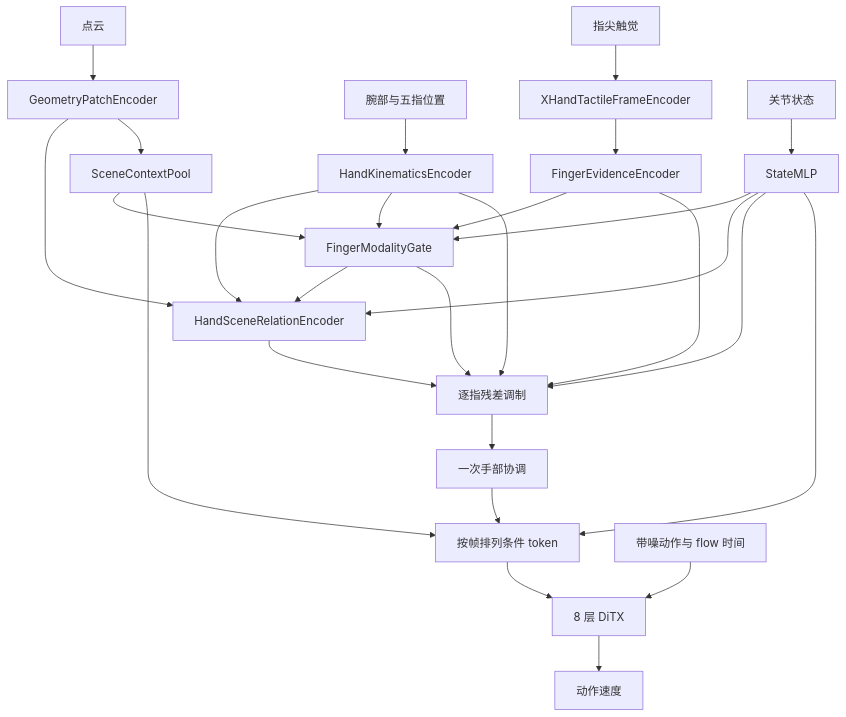
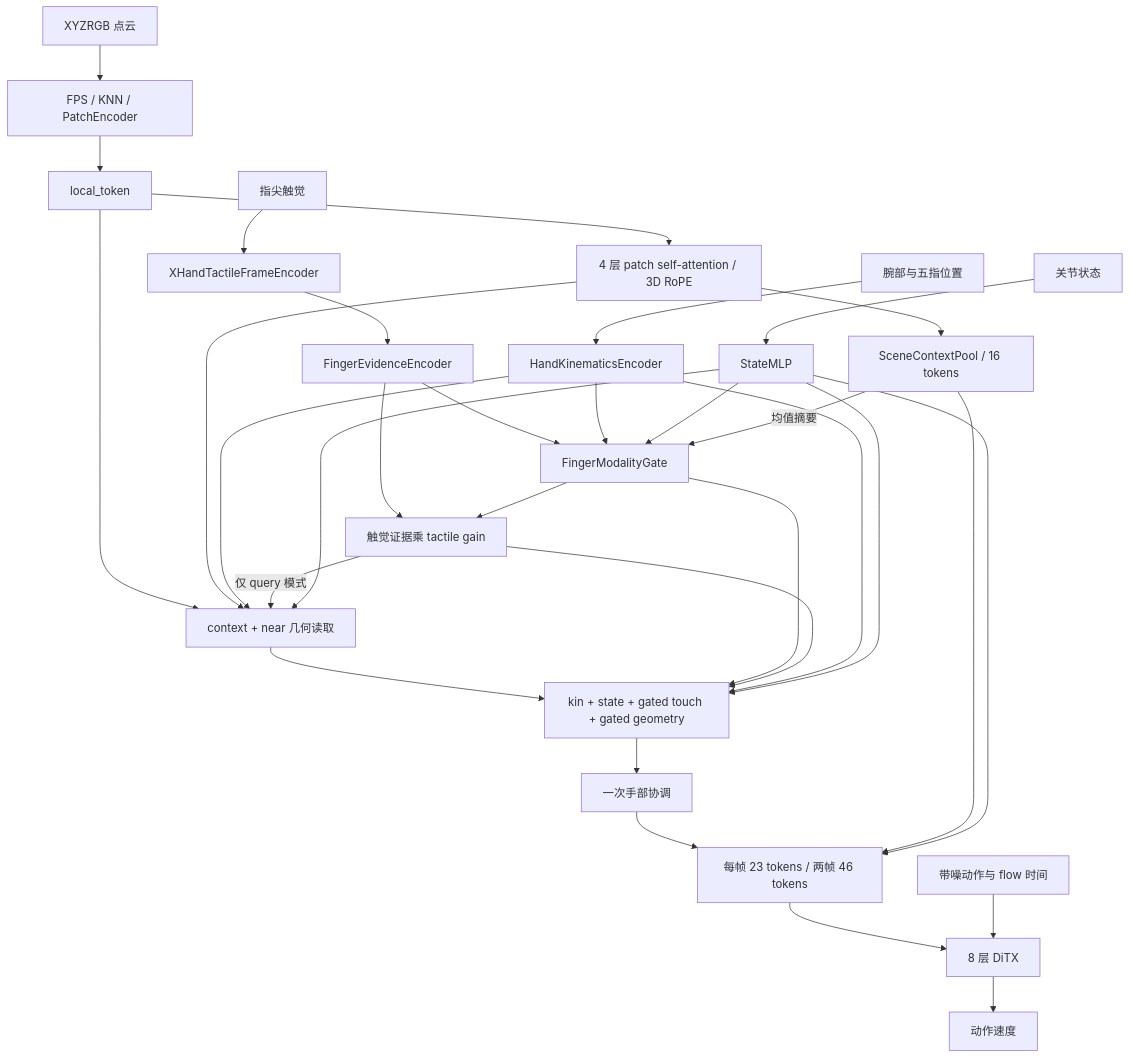
One commit to haoyangzhanglab/dexmani_policy changed the diagram in docs/interaction_representation.md. Above: the diagram before and after it, drawn with Mermaid. The commit also changed other lines of this file and 1 other file, not shown here.

````diff
--- a/docs/interaction_representation.md
+++ b/docs/interaction_representation.md
@@ -63,29 +81,34 @@
 ```mermaid
 flowchart TD
-    PC[点云] --> P[GeometryPatchEncoder]
+    PC[XYZRGB 点云] --> P[FPS / KNN / PatchEncoder]
+    P --> L[local_token]
+    L --> PT[4 层 patch self-attention / 3D RoPE]
     K[腕部与五指位置] --> H[HandKinematicsEncoder]
     T[指尖触觉] --> TF[XHandTactileFrameEncoder]
     TF --> E[FingerEvidenceEncoder]
     Q[关节状态] --> S[StateMLP]
-    P --> R[HandSceneRelationEncoder]
+    L --> R[context + near 几何读取]
+    PT --> R
     H --> R
     E --> G[FingerModalityGate]
     H --> G
     S --> G
-    SC --> G
-    G --> R
+    SC -->|均值摘要| G
+    E --> GE[触觉证据乘 tactile gain]
+    G --> GE
+    GE -->|仅 query 模式| R
     S --> R
-    P --> SC[SceneContextPool]
-    R --> F[逐指残差调制]
+    PT --> SC[SceneContextPool / 16 tokens]
+    R --> F[kin + state + gated touch + gated geometry]
     G --> F
-    E --> F
+    GE --> F
     H --> F
     S --> F
     F --> C[一次手部协调]
-    C --> O[按帧排列条件 token]
+    C --> O[每帧 23 tokens / 两帧 46 tokens]
     SC --> O
     S --> O
     O --> D[8 层 DiTX]
     A[带噪动作与 flow 时间] --> D
     D --> V[动作速度]
 ```
````
